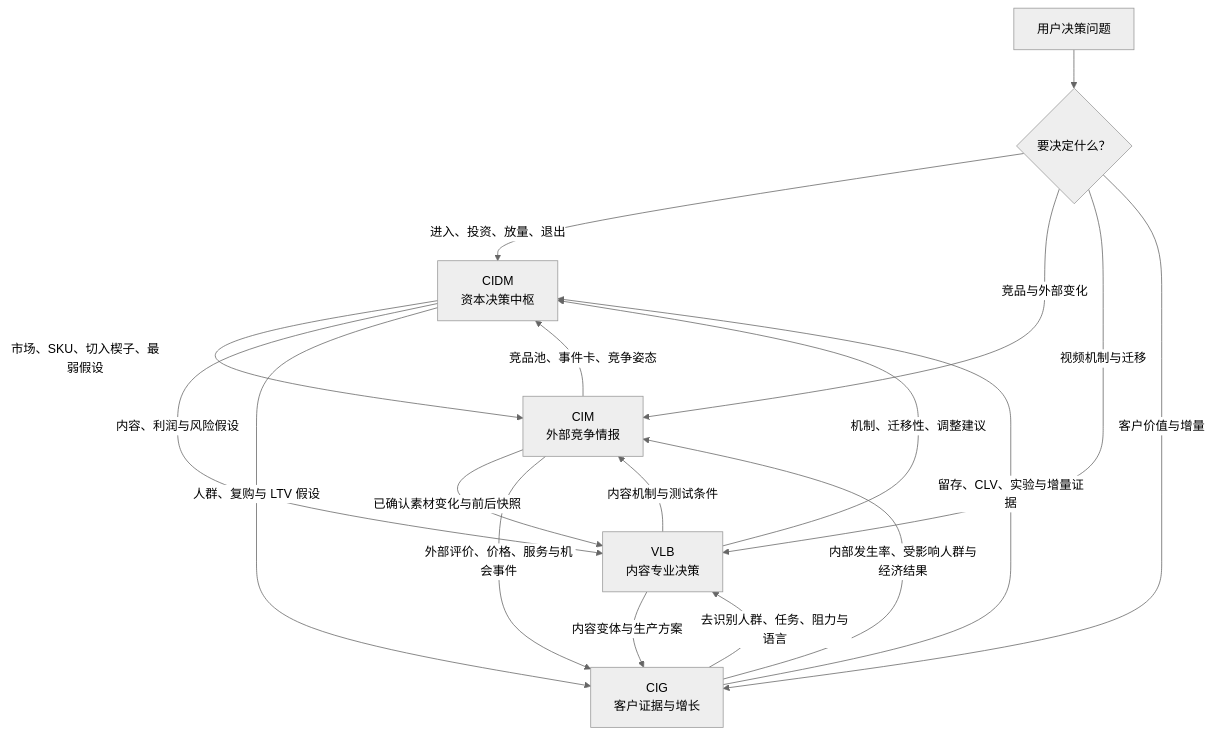
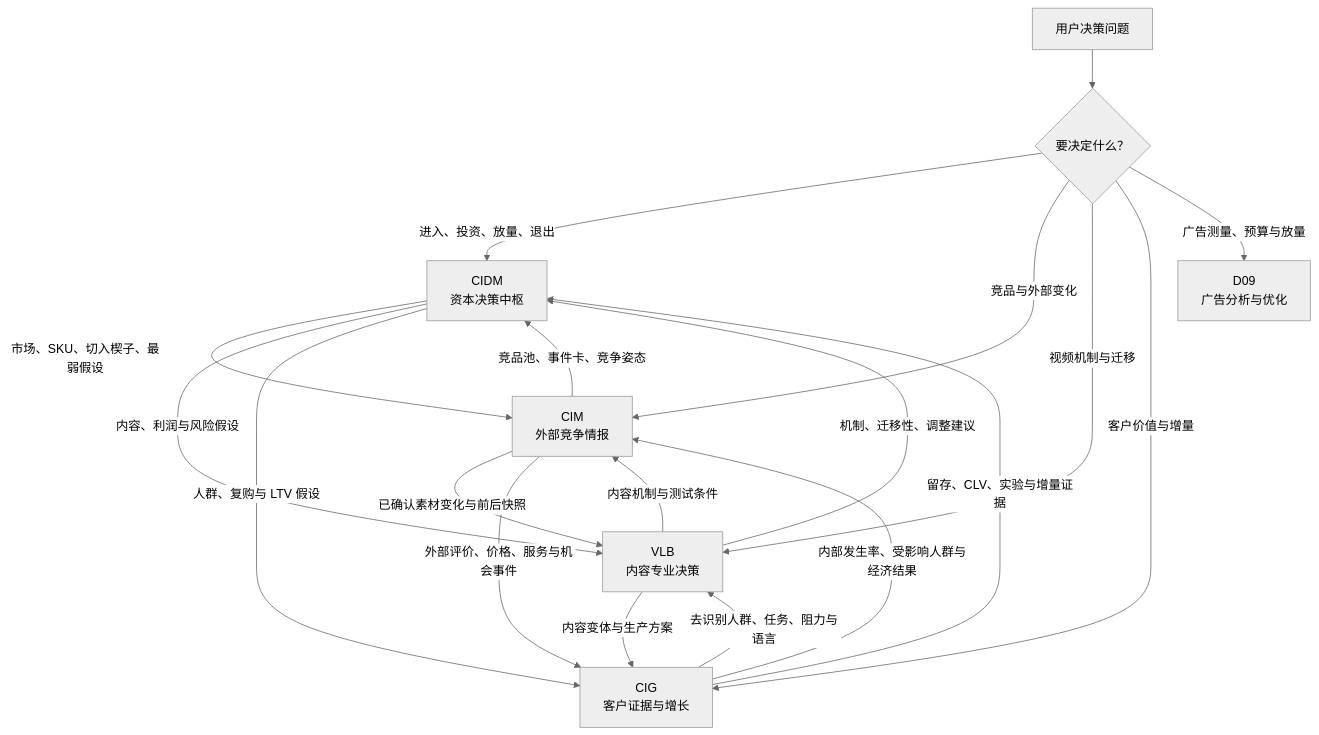
The diagram in README.md (saye-chen/CrossBorder-Decision-Lab), drawn with Mermaid (neutral theme) before and after one commit. The commit also changed other lines of this file and 74 other files, not shown here.

````diff
--- a/README.md
+++ b/README.md
@@ -115,21 +121,22 @@
 ```mermaid
 flowchart TB
     U["用户决策问题"] --> R{"要决定什么？"}
     R -->|"进入、投资、放量、退出"| CIDM["CIDM<br/>资本决策中枢"]
     R -->|"竞品与外部变化"| CIM["CIM<br/>外部竞争情报"]
     R -->|"视频机制与迁移"| VLB["VLB<br/>内容专业决策"]
     R -->|"客户价值与增量"| CIG["CIG<br/>客户证据与增长"]
+    R -->|"广告测量、预算与放量"| D09["D09<br/>广告分析与优化"]
 
     CIDM -->|"市场、SKU、切入楔子、最弱假设"| CIM
     CIM -->|"竞品池、事件卡、竞争姿态"| CIDM
     CIDM -->|"内容、利润与风险假设"| VLB
     VLB -->|"机制、迁移性、调整建议"| CIDM
     CIDM -->|"人群、复购与 LTV 假设"| CIG
     CIG -->|"留存、CLV、实验与增量证据"| CIDM
     CIM -->|"已确认素材变化与前后快照"| VLB
     VLB -->|"内容机制与测试条件"| CIM
     CIM -->|"外部评价、价格、服务与机会事件"| CIG
     CIG -->|"内部发生率、受影响人群与经济结果"| CIM
     CIG -->|"去识别人群、任务、阻力与语言"| VLB
     VLB -->|"内容变体与生产方案"| CIG
 ```
````
